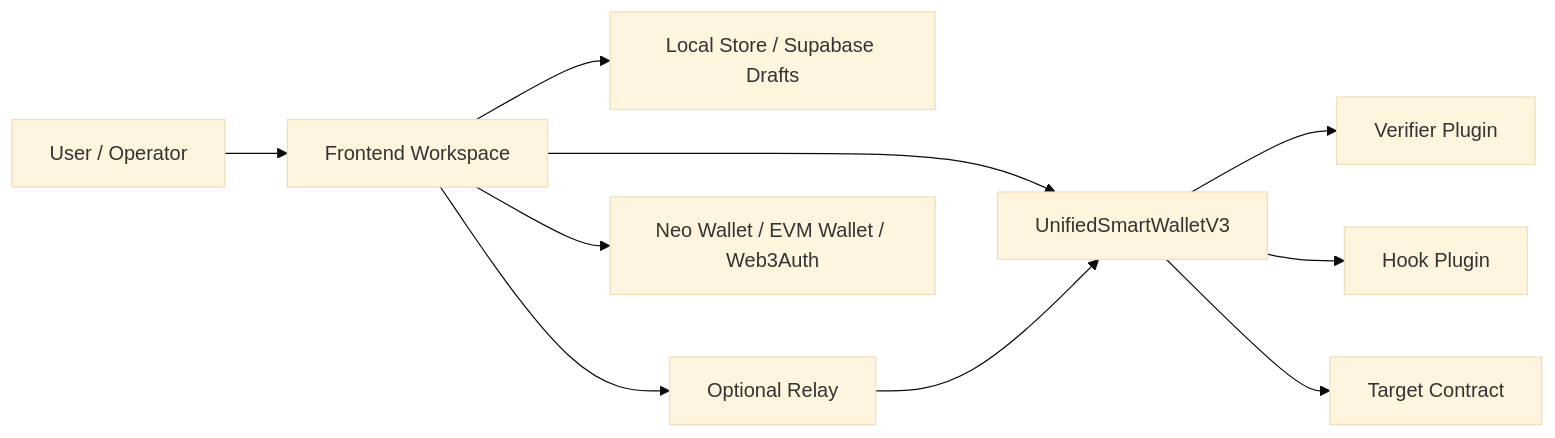
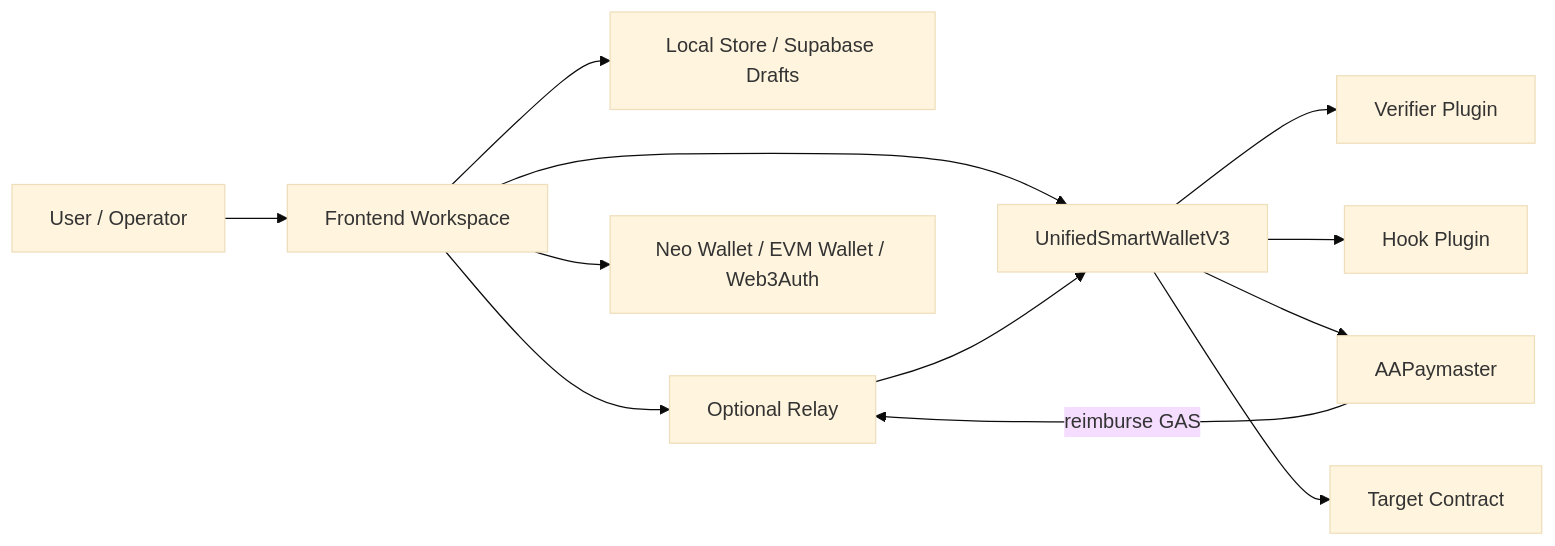
One commit to r3e-network/neo-abstract-account changed the first of 4 diagrams in frontend/src/assets/docs/architecture.md. Above: the diagram before and after it, drawn with Mermaid (base theme). The commit also changed other lines of this file and 22 other files, not shown here.

````diff
--- a/frontend/src/assets/docs/architecture.md
+++ b/frontend/src/assets/docs/architecture.md
@@ -7,22 +7,25 @@
 ```mermaid
 flowchart LR
   User[User / Operator]
   Browser[Frontend Workspace]
   Drafts[Local Store / Supabase Drafts]
   Relay[Optional Relay]
   Wallets[Neo Wallet / EVM Wallet / Web3Auth]
   Core[UnifiedSmartWalletV3]
   Verifier[Verifier Plugin]
   Hook[Hook Plugin]
+  Paymaster[AAPaymaster]
   Target[Target Contract]
 
   User --> Browser
   Browser --> Wallets
   Browser --> Drafts
   Browser --> Relay
   Browser --> Core
   Relay --> Core
   Core --> Verifier
   Core --> Hook
+  Core --> Paymaster
+  Paymaster -->|reimburse GAS| Relay
   Core --> Target
 ```
````
